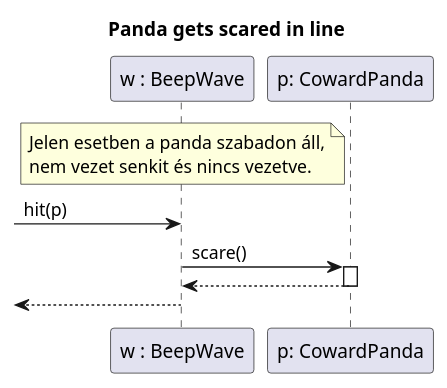
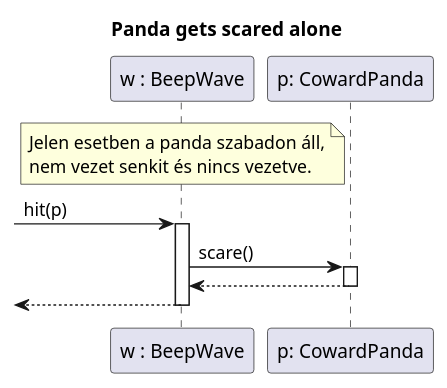
Before and after one commit to bokovhu/software-project-laboratory-assignment: the diagram in diagrams/skeleton_usecases/SequenceDiagram_UseCases_PandaGetsScaredAlone.puml, drawn with PlantUML. The commit also changed 6 other files, not shown here.

```diff
--- a/diagrams/skeleton_usecases/SequenceDiagram_UseCases_PandaGetsScaredAlone.puml
+++ b/diagrams/skeleton_usecases/SequenceDiagram_UseCases_PandaGetsScaredAlone.puml
@@ -1,28 +1,27 @@
 @startuml
-title Panda gets scared in line
+title Panda gets scared alone
 
 participant "w : BeepWave" as w
 
 participant "p: CowardPanda" as p2
 
 note over w
 Jelen esetben a panda szabadon áll,
 nem vezet senkit és nincs vezetve.
 end note
 
 [->w: hit(p)
+activate w
 
 
 
 w->p2 ++: scare()
 
 
 
-
-
-
 p2-->w --
 
+[<-- w
+deactivate w
 
-[<-- w
 @enduml
```
